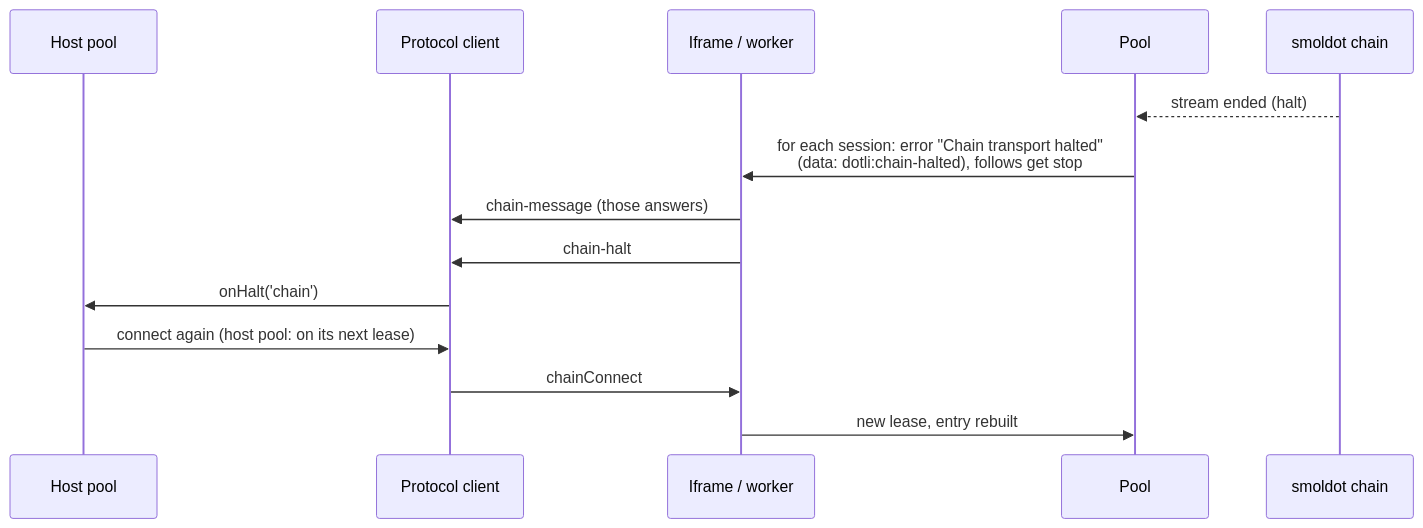
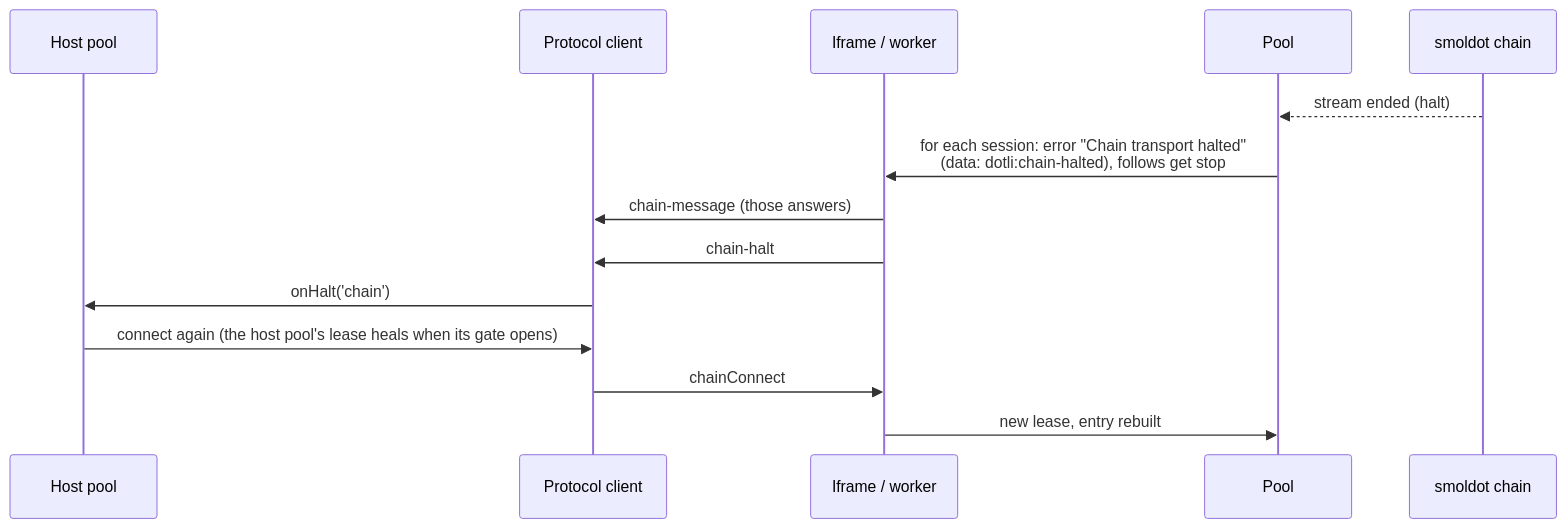
Before and after one commit to paritytech/dotli-community: the sixth of 8 diagrams in docs/chain-connections.md, drawn with Mermaid. The commit also changed other lines of this file and 425 other files, not shown here.

````diff
--- a/docs/chain-connections.md
+++ b/docs/chain-connections.md
@@ -300,16 +310,16 @@
 ```mermaid
 sequenceDiagram
   participant Use as Host pool
   participant Cli as Protocol client
   participant Ctx as Iframe / worker
   participant Pool as Pool
   participant Chain as smoldot chain
   Chain-->>Pool: stream ended (halt)
   Pool->>Ctx: for each session: error "Chain transport halted"<br/>(data: dotli:chain-halted), follows get stop
   Ctx->>Cli: chain-message (those answers)
   Ctx->>Cli: chain-halt
   Cli->>Use: onHalt('chain')
-  Use->>Cli: connect again (host pool: on its next lease)
+  Use->>Cli: connect again (the host pool's lease heals when its gate opens)
   Cli->>Ctx: chainConnect
   Ctx->>Pool: new lease, entry rebuilt
 ```
````
